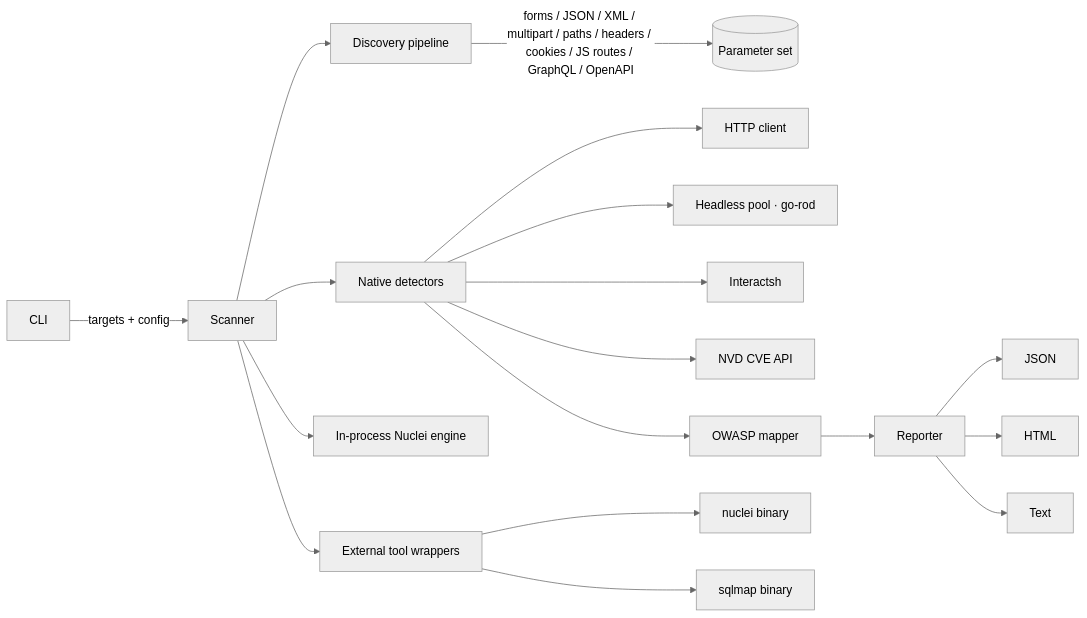
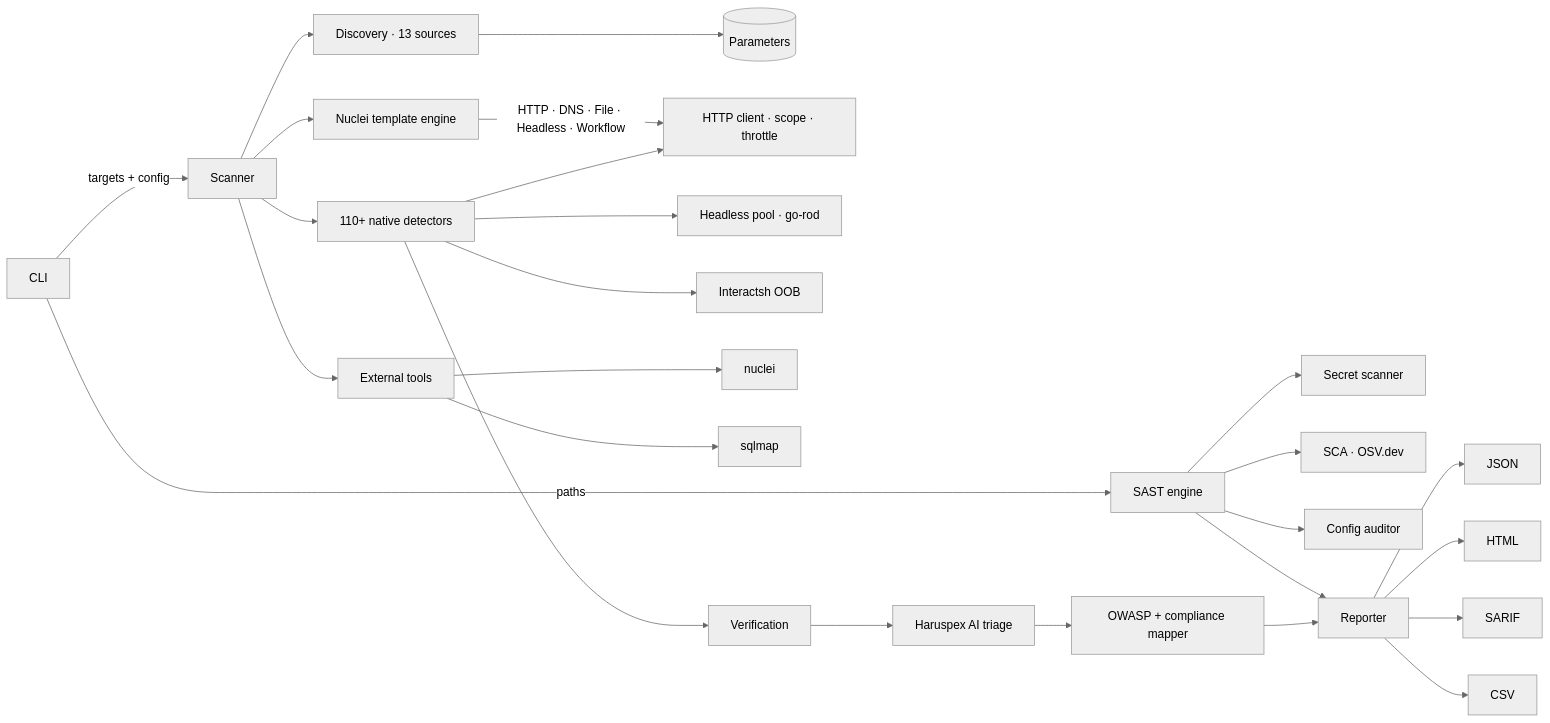
One commit to TyrusRC/assay changed the diagram in README.md. Above: the diagram before and after it, drawn with Mermaid (neutral theme). The commit also changed other lines of this file, not shown here.

````diff
--- a/README.md
+++ b/README.md
@@ -462,18 +640,25 @@
 ```mermaid
 flowchart LR
     CLI -->|targets + config| Scanner
-    Scanner --> Discovery[Discovery pipeline]
-    Discovery -->|forms / JSON / XML / multipart / paths / headers / cookies / JS routes / GraphQL / OpenAPI| Params[(Parameter set)]
-    Scanner --> Detection[Native detectors]
-    Detection --> HTTP[HTTP client]
+    CLI -->|paths| SAST[SAST engine]
+    Scanner --> Discovery[Discovery · 13 sources]
+    Discovery --> Params[(Parameters)]
+    Scanner --> Detection[110+ native detectors]
+    Detection --> HTTP[HTTP client · scope · throttle]
     Detection --> Headless[Headless pool · go-rod]
-    Detection --> OOB[Interactsh]
-    Detection --> NVD[NVD CVE API]
-    Scanner --> Templates[In-process Nuclei engine]
-    Scanner --> Tools[External tool wrappers]
-    Tools --> NucleiBin[nuclei binary]
-    Tools --> SQLMapBin[sqlmap binary]
-    Detection --> OWASP[OWASP mapper]
+    Detection --> OOB[Interactsh OOB]
+    Scanner --> Templates[Nuclei template engine]
+    Templates -->|HTTP · DNS · File · Headless · Workflow| HTTP
+    Scanner --> Tools[External tools]
+    Tools --> NucleiBin[nuclei]
+    Tools --> SQLMapBin[sqlmap]
+    Detection --> Verify[Verification]
+    Verify --> Haruspex[Haruspex AI triage]
+    Haruspex --> OWASP[OWASP + compliance mapper]
+    SAST --> Secrets[Secret scanner]
+    SAST --> SCA[SCA · OSV.dev]
+    SAST --> Config[Config auditor]
     OWASP --> Reporter
-    Reporter --> JSON & HTML & Text
+    SAST --> Reporter
+    Reporter --> JSON & HTML & SARIF & CSV
 ```
````
